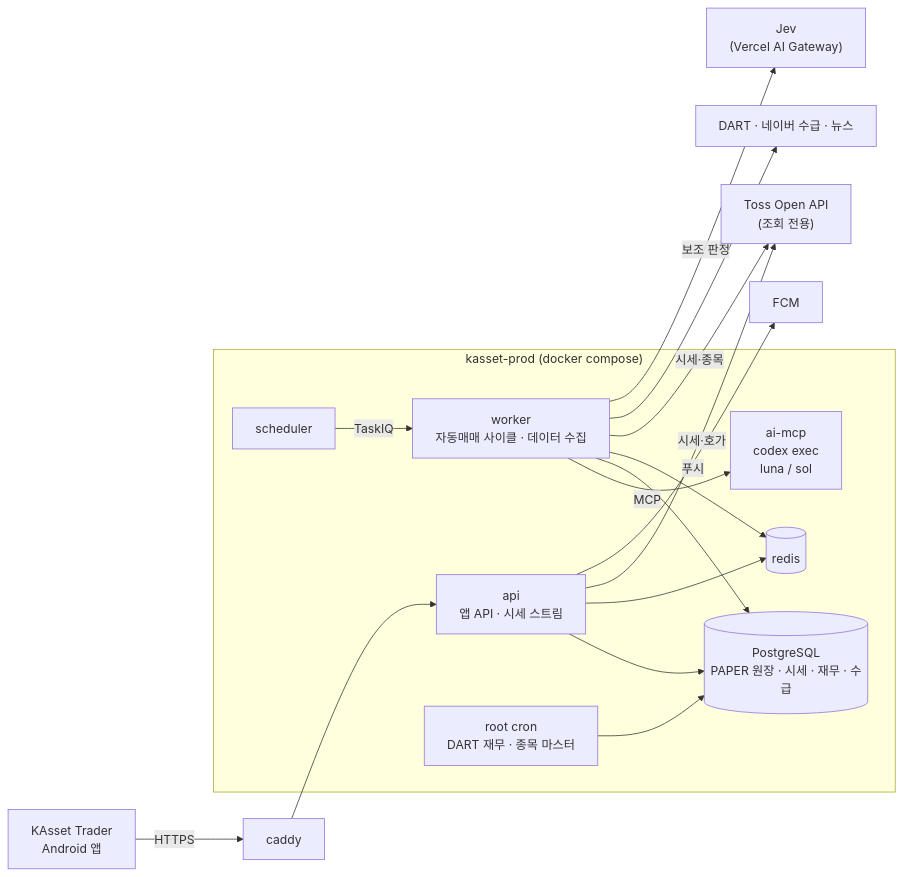
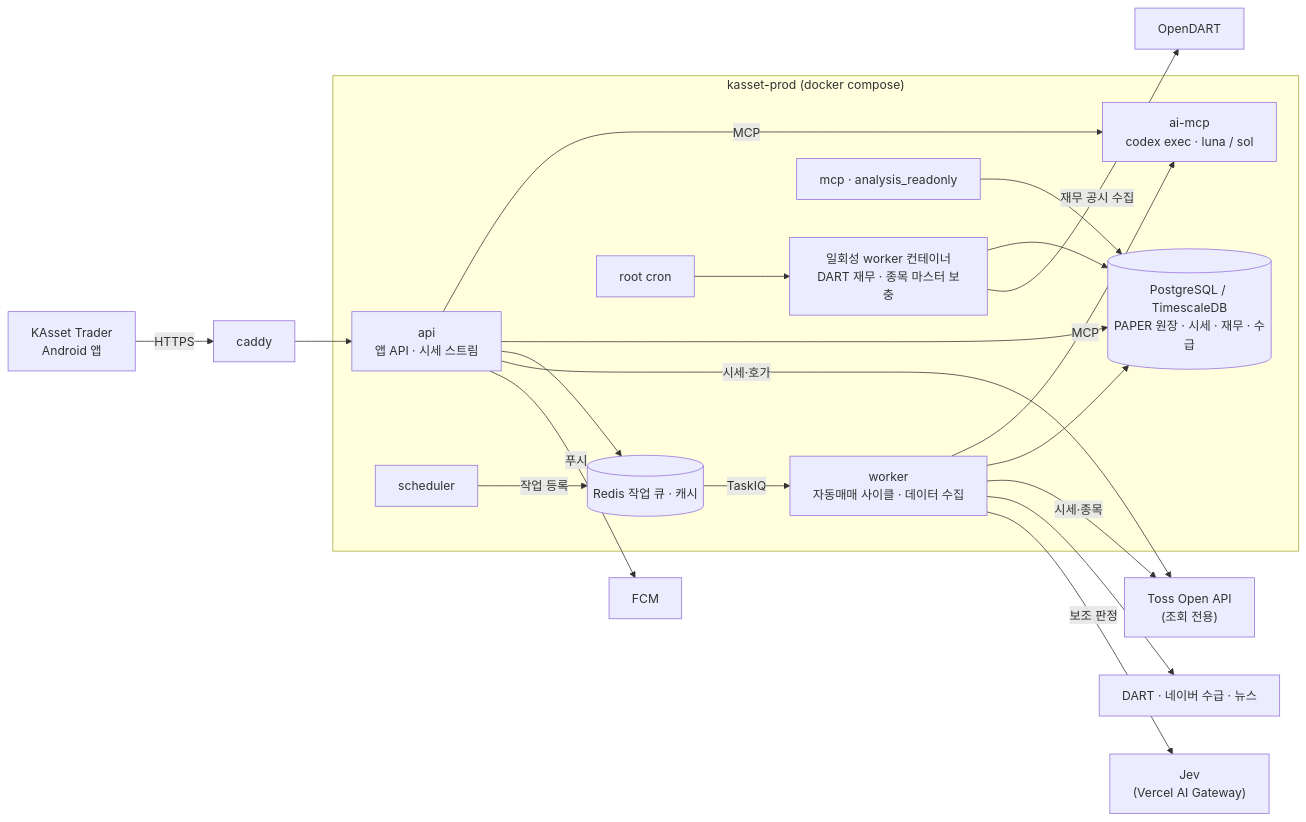
Before and after one commit to gim47656-ship-it/KAsset-Trader-Core: the diagram in README.md, drawn with Mermaid. The commit also changed other lines of this file and 3 other files, not shown here.

Commit message:
docs: align KAsset architecture, daily symbol sync and contributor workflow with production

````diff
--- a/README.md
+++ b/README.md
@@ -20,21 +20,26 @@
 ```mermaid
 flowchart LR
     APP["KAsset Trader<br/>Android 앱"] -->|HTTPS| CADDY["caddy"]
     CADDY --> API["api<br/>앱 API · 시세 스트림"]
 
     subgraph Server["kasset-prod (docker compose)"]
         API
-        SCHED["scheduler"] -->|TaskIQ| WORKER["worker<br/>자동매매 사이클 · 데이터 수집"]
-        WORKER -->|MCP| AIMCP["ai-mcp<br/>codex exec<br/>luna / sol"]
-        API --> DB[("PostgreSQL<br/>PAPER 원장 · 시세 · 재무 · 수급")]
+        SCHED["scheduler"] -->|작업 등록| REDIS[("Redis 작업 큐 · 캐시")]
+        REDIS -->|TaskIQ| WORKER["worker<br/>자동매매 사이클 · 데이터 수집"]
+        WORKER -->|MCP| AIMCP["ai-mcp<br/>codex exec · luna / sol"]
+        API -->|MCP| AIMCP
+        API --> DB[("PostgreSQL / TimescaleDB<br/>PAPER 원장 · 시세 · 재무 · 수급")]
         WORKER --> DB
-        API & WORKER --> REDIS[("redis")]
-        CRON["root cron<br/>DART 재무 · 종목 마스터"] --> DB
+        API --> REDIS
+        MCP["mcp · analysis_readonly"] --> DB
+        CRON["root cron"] --> JOB["일회성 worker 컨테이너<br/>DART 재무 · 종목 마스터 보충"]
+        JOB --> DB
     end
 
     WORKER -->|시세·종목| TOSS["Toss Open API<br/>(조회 전용)"]
     API -->|시세·호가| TOSS
     WORKER --> EXT["DART · 네이버 수급 · 뉴스"]
+    JOB -->|재무 공시 수집| DART["OpenDART"]
     WORKER -->|보조 판정| JEV["Jev<br/>(Vercel AI Gateway)"]
     API -->|푸시| FCM["FCM"]
 ```
````
